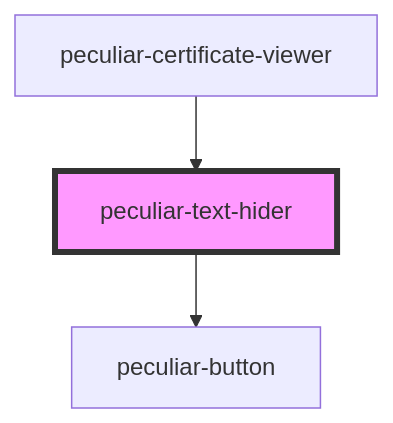
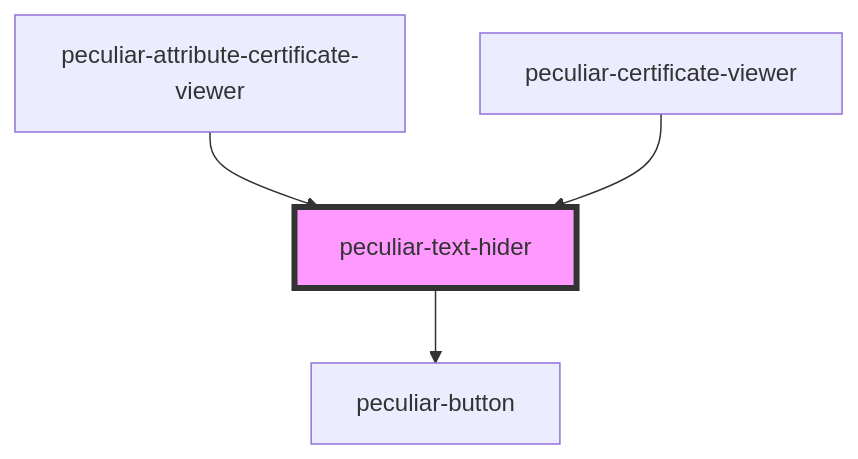
One commit to PeculiarVentures/pv-certificates-viewer changed the diagram in packages/webcomponents/src/components/text-hider/readme.md. Above: the diagram before and after it, drawn with Mermaid. The commit also changed other lines of this file and 5 other files, not shown here.

Commit message:
feat(webcomponents): added render attributes and other info to AttributeCertificateViewer

````diff
--- a/packages/webcomponents/src/components/text-hider/readme.md
+++ b/packages/webcomponents/src/components/text-hider/readme.md
@@ -33,6 +34,7 @@
 ```mermaid
 graph TD;
   peculiar-text-hider --> peculiar-button
+  peculiar-attribute-certificate-viewer --> peculiar-text-hider
   peculiar-certificate-viewer --> peculiar-text-hider
   style peculiar-text-hider fill:#f9f,stroke:#333,stroke-width:4px
 ```
````
